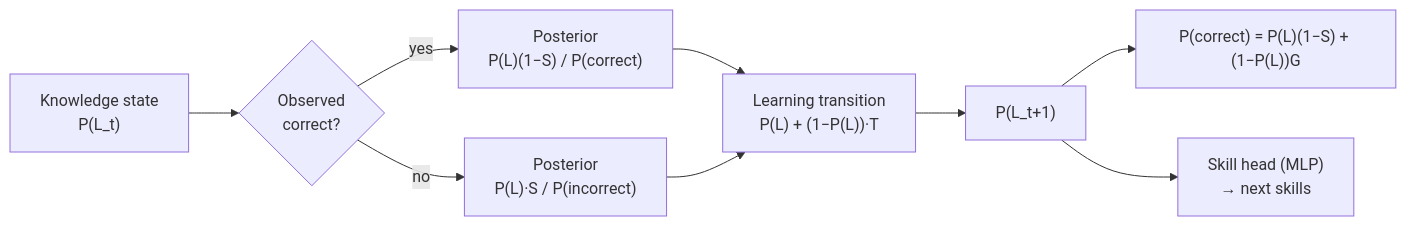
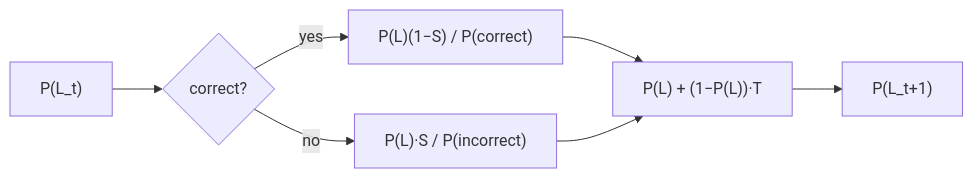
The fourth of 4 diagrams in README.md (jawad123arshad/AST-MTDKT-An-AST-Based-Multi-Task-Deep-Knowledge-Tracing-Framework-for-Programming-Skill-Modeling), drawn with Mermaid before and after one commit. The commit also changed other lines of this file and 12 other files, not shown here.

````diff
--- a/README.md
+++ b/README.md
@@ -172,11 +162,9 @@
 ```mermaid
 flowchart LR
-    K0["Knowledge state<br/>P(L_t)"] --> O{"Observed<br/>correct?"}
-    O -- yes --> U1["Posterior<br/>P(L)(1−S) / P(correct)"]
-    O -- no --> U2["Posterior<br/>P(L)·S / P(incorrect)"]
-    U1 --> T["Learning transition<br/>P(L) + (1−P(L))·T"]
+    K0["P(L_t)"] --> O{"correct?"}
+    O -- yes --> U1["P(L)(1−S) / P(correct)"]
+    O -- no --> U2["P(L)·S / P(incorrect)"]
+    U1 --> T["P(L) + (1−P(L))·T"]
     U2 --> T
     T --> K1["P(L_t+1)"]
-    K1 --> PC["P(correct) = P(L)(1−S) + (1−P(L))G"]
-    K1 --> SH["Skill head (MLP)<br/>→ next skills"]
 ```
````
